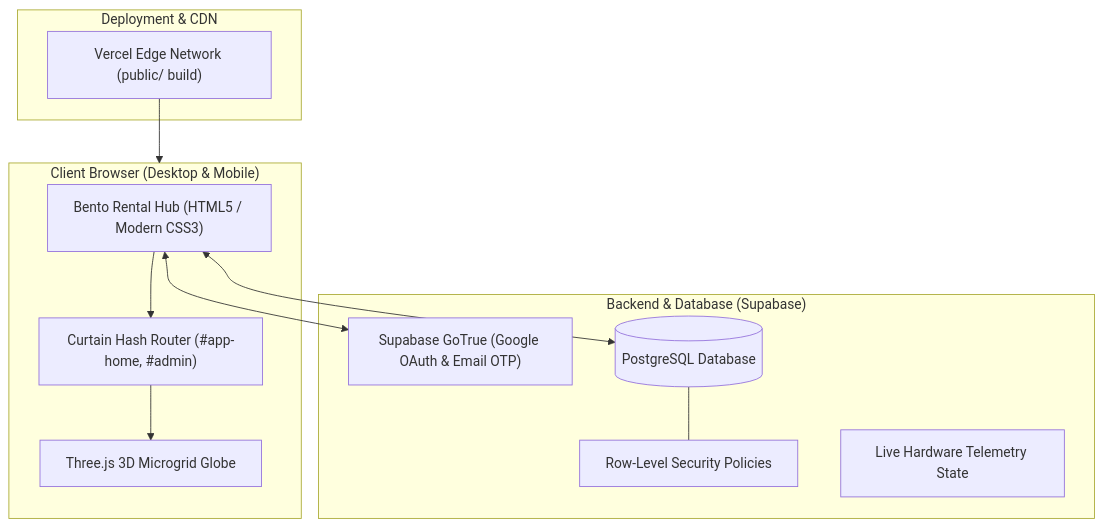
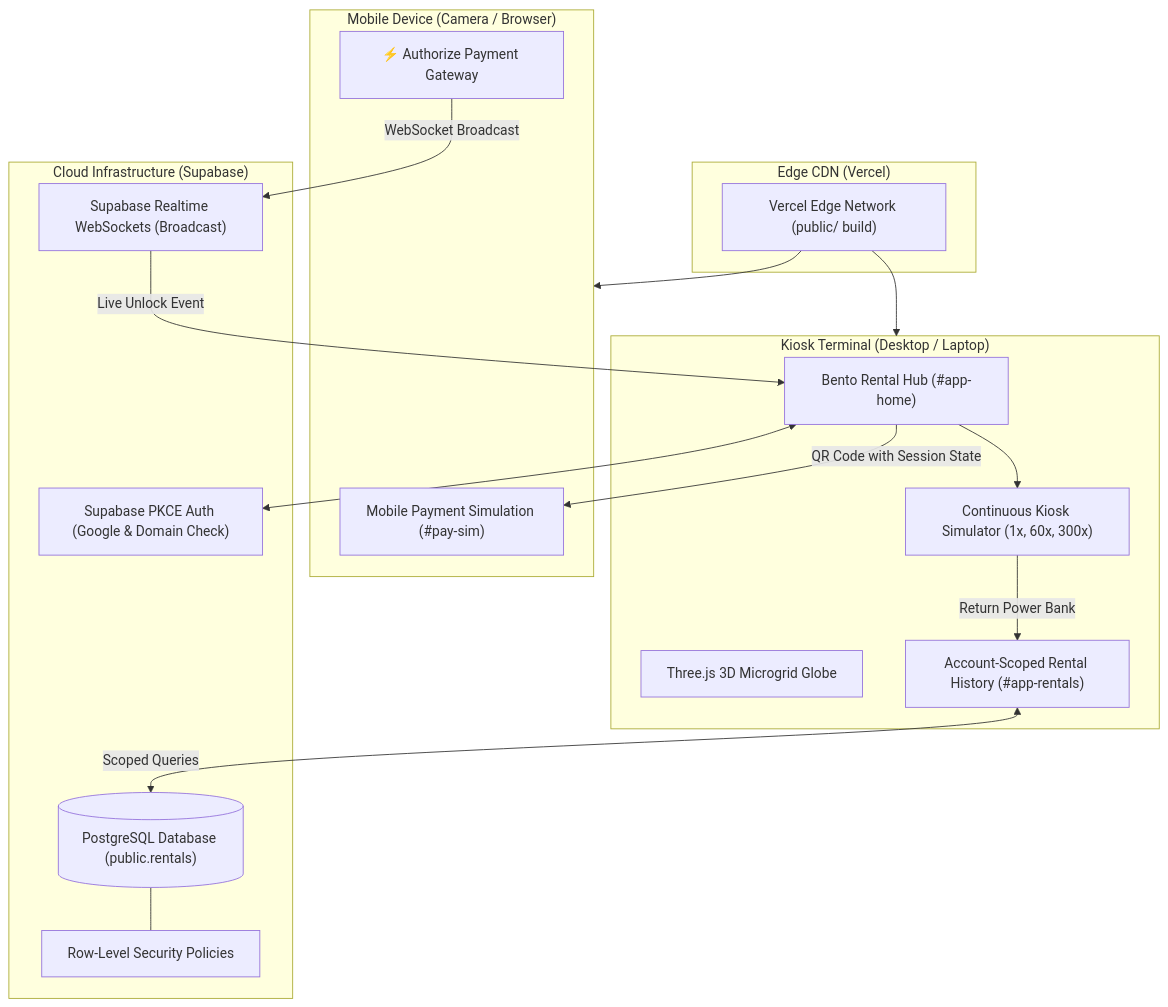
Before and after one commit to mahanidhi604-star/LumenGrove: the diagram in README.md, drawn with Mermaid. The commit also changed other lines of this file and 10 other files, not shown here.

Commit message:
feat: continuous timer speed dilation, account-scoped database rental history, and updated v2.2 README

````diff
--- a/README.md
+++ b/README.md
@@ -95,26 +114,36 @@
 ```mermaid
 flowchart TD
-    subgraph Client ["Client Browser (Desktop & Mobile)"]
-        UI["Bento Rental Hub (HTML5 / Modern CSS3)"]
+    subgraph Kiosk ["Kiosk Terminal (Desktop / Laptop)"]
+        UI["Bento Rental Hub (#app-home)"]
         Three["Three.js 3D Microgrid Globe"]
-        Router["Curtain Hash Router (#app-home, #admin)"]
+        Sim["Continuous Kiosk Simulator (1x, 60x, 300x)"]
+        Hist["Account-Scoped Rental History (#app-rentals)"]
     end
 
-    subgraph Backend ["Backend & Database (Supabase)"]
-        Auth["Supabase GoTrue (Google OAuth & Email OTP)"]
-        DB[("PostgreSQL Database")]
-        RLS["Row-Level Security Policies"]
-        Storage["Live Hardware Telemetry State"]
+    subgraph Mobile ["Mobile Device (Camera / Browser)"]
+        PaySim["Mobile Payment Simulation (#pay-sim)"]
+        AuthBtn["⚡ Authorize Payment Gateway"]
     end
 
-    subgraph Hosting ["Deployment & CDN"]
+    subgraph Backend ["Cloud Infrastructure (Supabase)"]
+        WS["Supabase Realtime WebSockets (Broadcast)"]
+        Auth["Supabase PKCE Auth (Google & Domain Check)"]
+        DB[("PostgreSQL Database (public.rentals)")]
+        RLS["Row-Level Security Policies"]
+    end
+
+    subgraph Hosting ["Edge CDN (Vercel)"]
         Vercel["Vercel Edge Network (public/ build)"]
     end
 
-    UI --> Router
-    Router --> Three
+    UI -->|QR Code with Session State| PaySim
+    AuthBtn -->|WebSocket Broadcast| WS
+    WS -->|Live Unlock Event| UI
+    UI --> Sim
+    Sim -->|Return Power Bank| Hist
+    Hist <-->|Scoped Queries| DB
+    DB --- RLS
     UI <--> Auth
-    UI <--> DB
-    DB --- RLS
-    Vercel --> Client
+    Vercel --> Kiosk
+    Vercel --> Mobile
 ```
````
